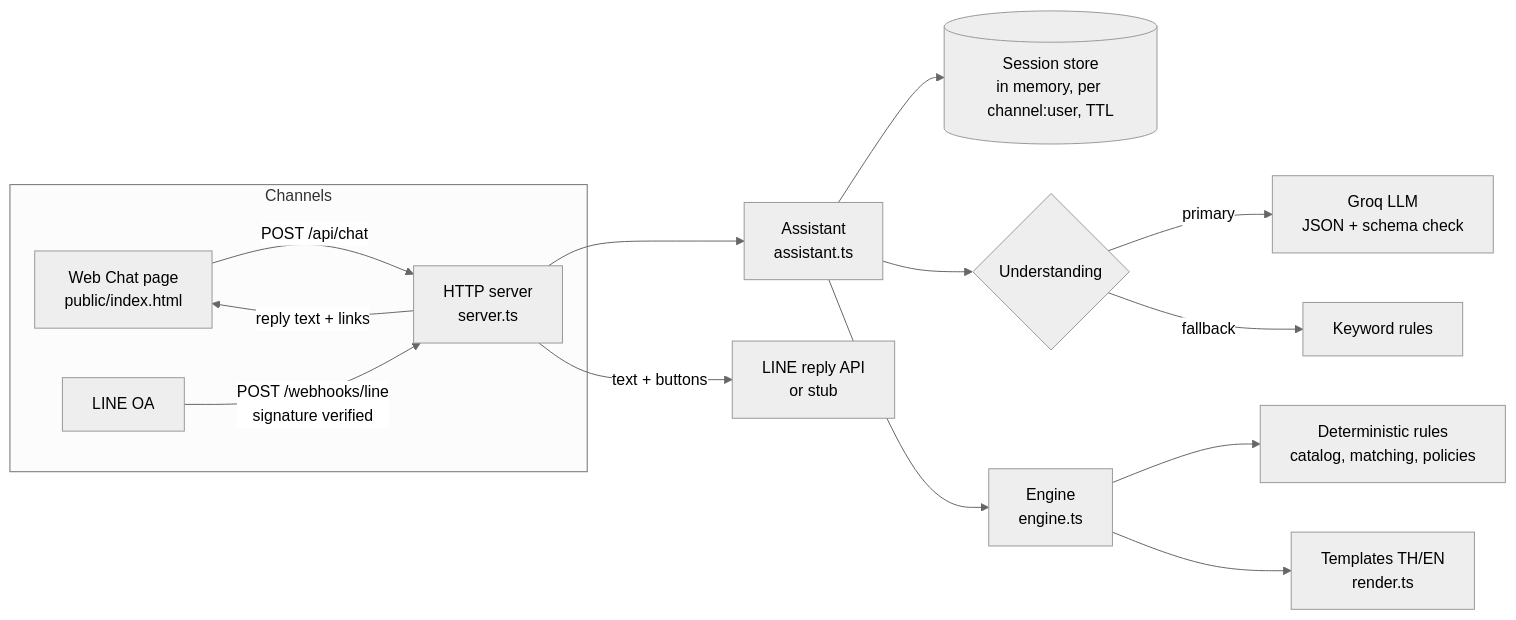
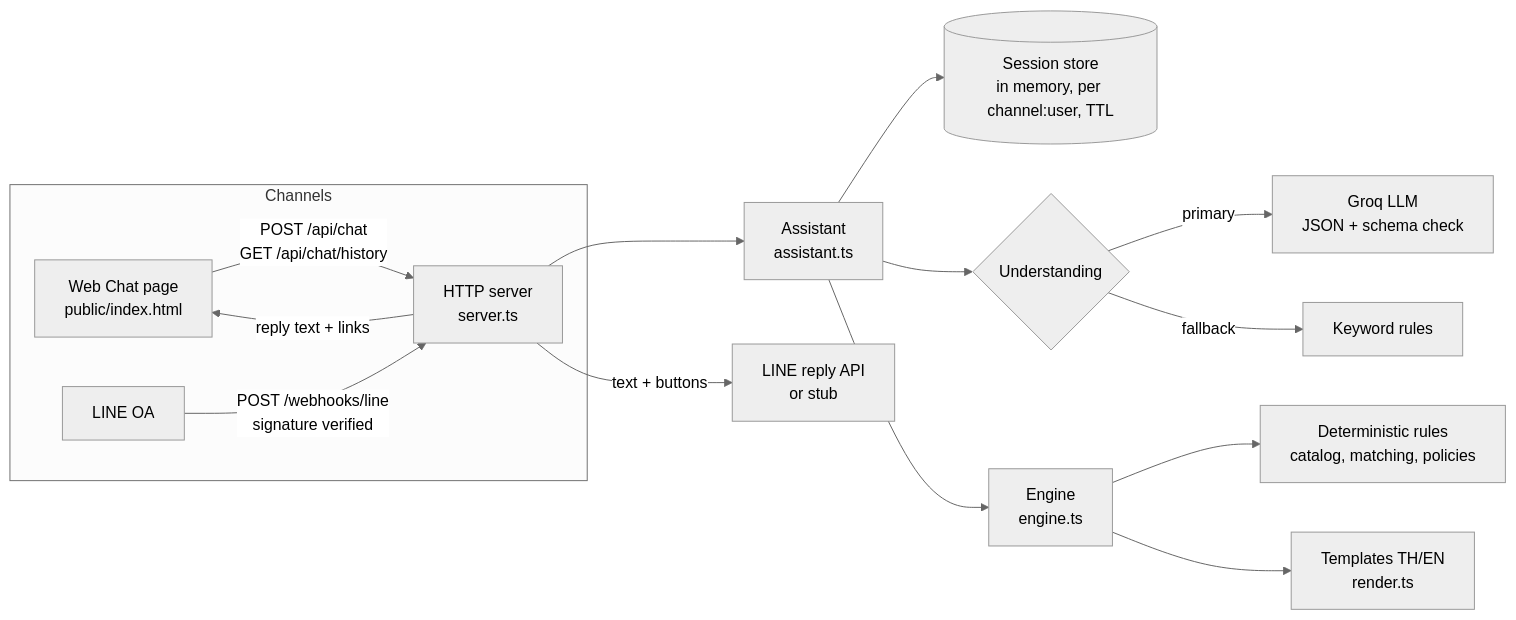
One commit to Phoritus/homepro-ai-assistant changed the third of 3 diagrams in README.md. Above: the diagram before and after it, drawn with Mermaid (neutral theme). The commit also changed other lines of this file and 16 other files, not shown here.

Commit message:
feat(issues): implement chat history retrieval and off-topic message handling

````diff
--- a/README.md
+++ b/README.md
@@ -96,17 +98,17 @@
 ```mermaid
 flowchart LR
   subgraph Channels
-    W[Web Chat page<br/>public/index.html] -->|POST /api/chat| SV
+    W[Web Chat page<br/>public/index.html] -->|POST /api/chat<br/>GET /api/chat/history| SV
     L[LINE OA] -->|POST /webhooks/line<br/>signature verified| SV
   end
   SV[HTTP server<br/>server.ts] --> AS[Assistant<br/>assistant.ts]
   AS --> SS[(Session store<br/>in memory, per channel:user, TTL)]
   AS --> UN{Understanding}
   UN -->|primary| G[Groq LLM<br/>JSON + schema check]
   UN -->|fallback| KW[Keyword rules]
   AS --> EN[Engine<br/>engine.ts]
   EN --> DR[Deterministic rules<br/>catalog, matching, policies]
   EN --> RD[Templates TH/EN<br/>render.ts]
   SV -->|reply text + links| W
   SV -->|text + buttons| LR[LINE reply API<br/>or stub]
 ```
````
